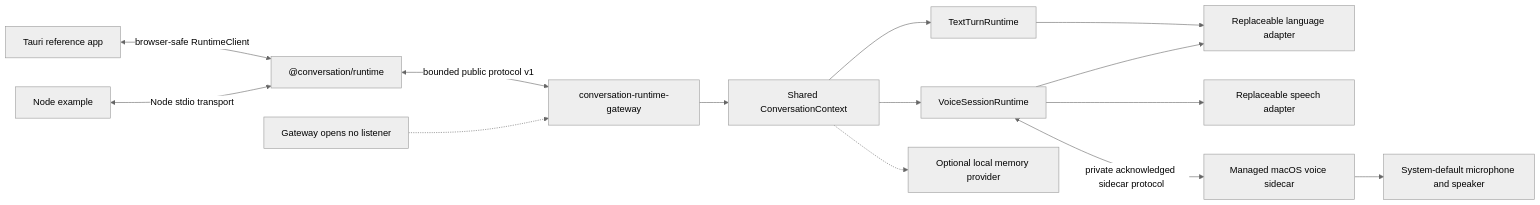
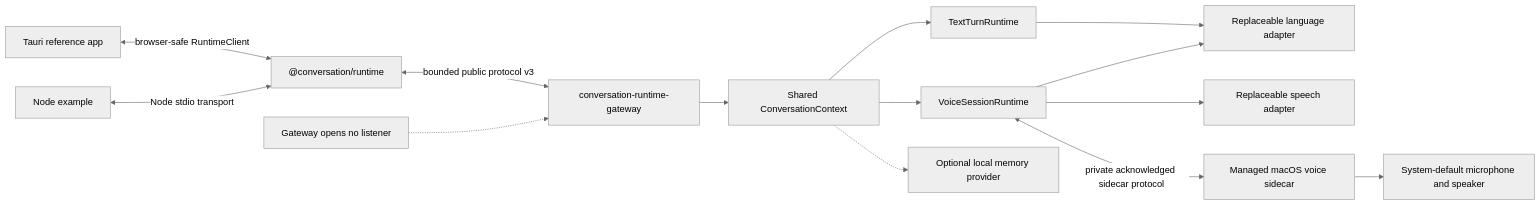
One commit to xiongxhc/conversation-runtime-sdk changed the first of 4 diagrams in docs/architecture.md. Above: the diagram before and after it, drawn with Mermaid (neutral theme). The commit also changed other lines of this file and 12 other files, not shown here.

````diff
--- a/docs/architecture.md
+++ b/docs/architecture.md
@@ -25,16 +25,16 @@
 ```mermaid
 flowchart LR
     Desktop["Tauri reference app"] <-->|"browser-safe RuntimeClient"| SDK["@conversation/runtime"]
     Node["Node example"] <-->|"Node stdio transport"| SDK
-    SDK <-->|"bounded public protocol v1"| Gateway["conversation-runtime-gateway"]
+    SDK <-->|"bounded public protocol v3"| Gateway["conversation-runtime-gateway"]
     Gateway --> Context["Shared ConversationContext"]
     Context --> Text["TextTurnRuntime"]
     Context --> Voice["VoiceSessionRuntime"]
     Context -.-> Memory["Optional local memory provider"]
     Text --> LLM["Replaceable language adapter"]
     Voice --> LLM
     Voice --> TTS["Replaceable speech adapter"]
     Voice <-->|"private acknowledged sidecar protocol"| Sidecar["Managed macOS voice sidecar"]
     Sidecar --> Devices["System-default microphone and speaker"]
     NoListener["Gateway opens no listener"] -.-> Gateway
 ```
````
